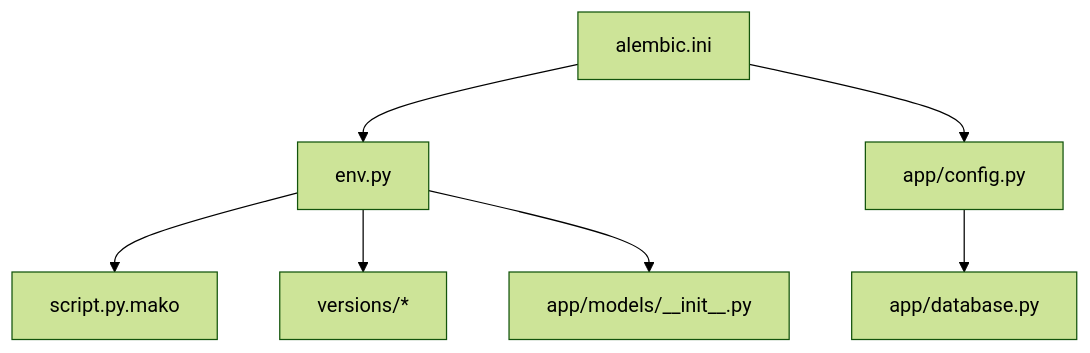
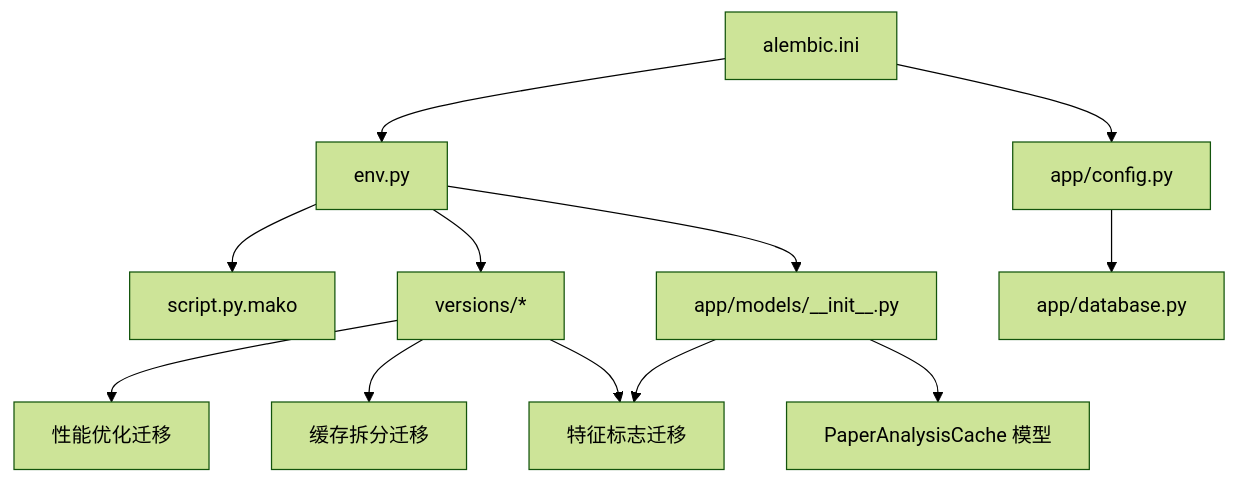
The third of 3 diagrams in .qoder/repowiki/zh/content/后端系统/数据库设计/数据库迁移管理.md (laohanhahaha/PaperChat), drawn with Mermaid (forest theme) before and after one commit. The commit also changed other lines of this file and 8 other files, not shown here.

````diff
--- a/.qoder/repowiki/zh/content/后端系统/数据库设计/数据库迁移管理.md
+++ b/.qoder/repowiki/zh/content/后端系统/数据库设计/数据库迁移管理.md
@@ -253,9 +328,14 @@
 ```mermaid
 graph TB
 cfg["alembic.ini"] --> env["env.py"]
 env --> tmpl["script.py.mako"]
 env --> ver["versions/*"]
 cfg --> dbcfg["app/config.py"]
 env --> models["app/models/__init__.py"]
 dbcfg --> dbconn["app/database.py"]
+models --> featureflag["FeatureFlag 模型"]
+models --> paperanalysis["PaperAnalysisCache 模型"]
+ver --> perfindex["性能优化迁移"]
+ver --> cachechange["缓存拆分迁移"]
+ver --> featureflag["特征标志迁移"]
 ```
````
